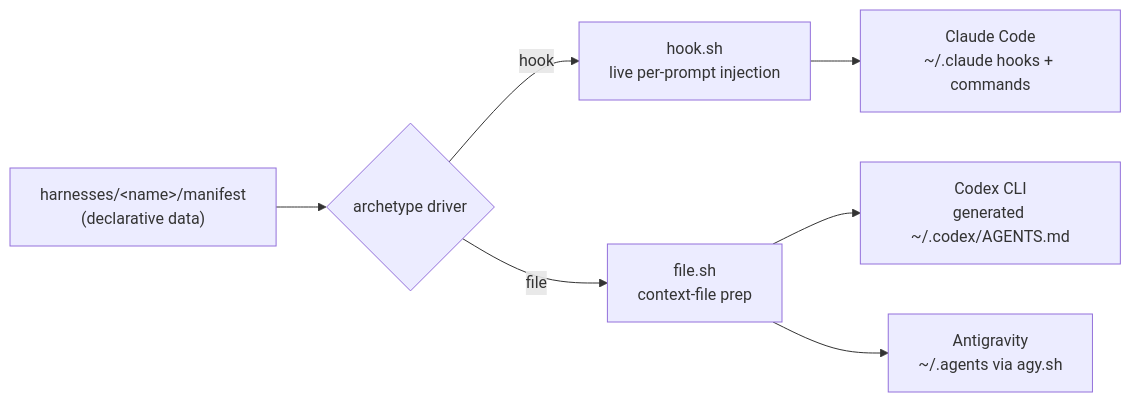
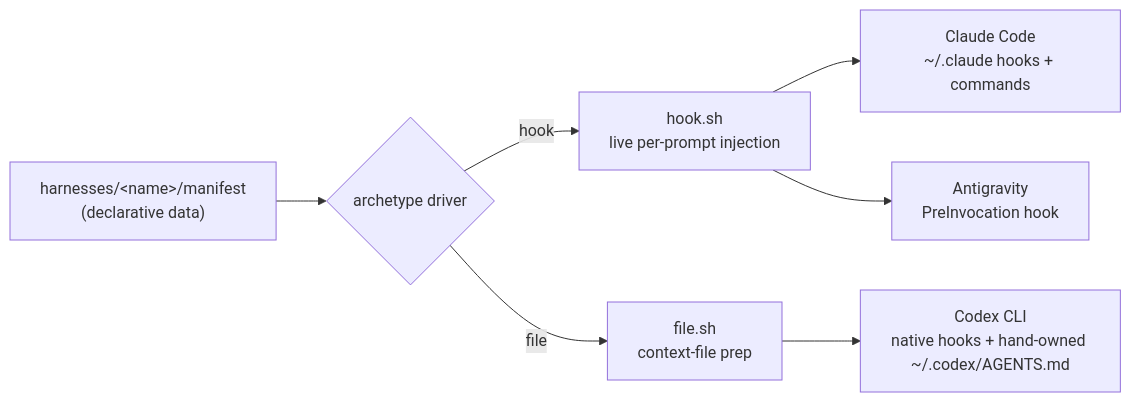
Before and after one commit to seyio91/ai-memory-system: the fourth of 4 diagrams in docs/showcase.md, drawn with Mermaid. The commit also changed other lines of this file and 7 other files, not shown here.

Commit message:
docs(codex): describe live hook injection, not a generated AGENTS.md (#149)

````diff
--- a/docs/showcase.md
+++ b/docs/showcase.md
@@ -285,9 +286,9 @@
 ```mermaid
 flowchart LR
   MF["harnesses/&lt;name&gt;/manifest<br/>(declarative data)"] --> DR{archetype driver}
   DR -- hook --> HK["hook.sh<br/>live per-prompt injection"]
   DR -- file --> FL["file.sh<br/>context-file prep"]
   HK --> CL["Claude Code<br/>~/.claude hooks + commands"]
-  FL --> CX["Codex CLI<br/>generated ~/.codex/AGENTS.md"]
-  FL --> AG["Antigravity<br/>~/.agents via agy.sh"]
+  FL --> CX["Codex CLI<br/>native hooks + hand-owned ~/.codex/AGENTS.md"]
+  HK --> AG["Antigravity<br/>PreInvocation hook"]
 ```
````
